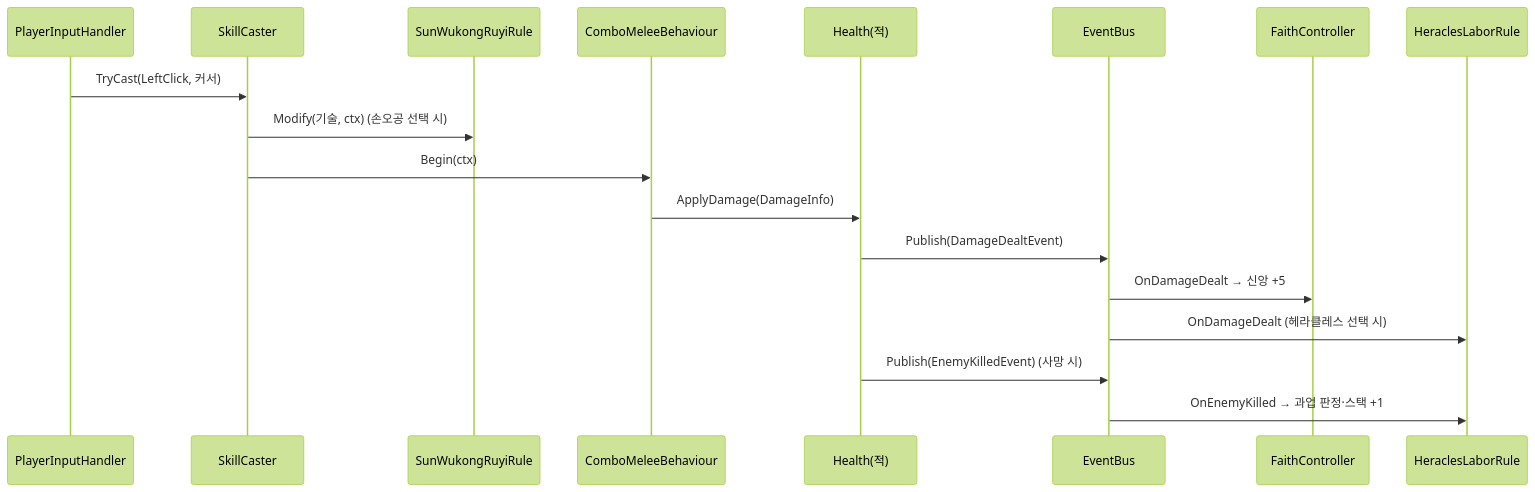
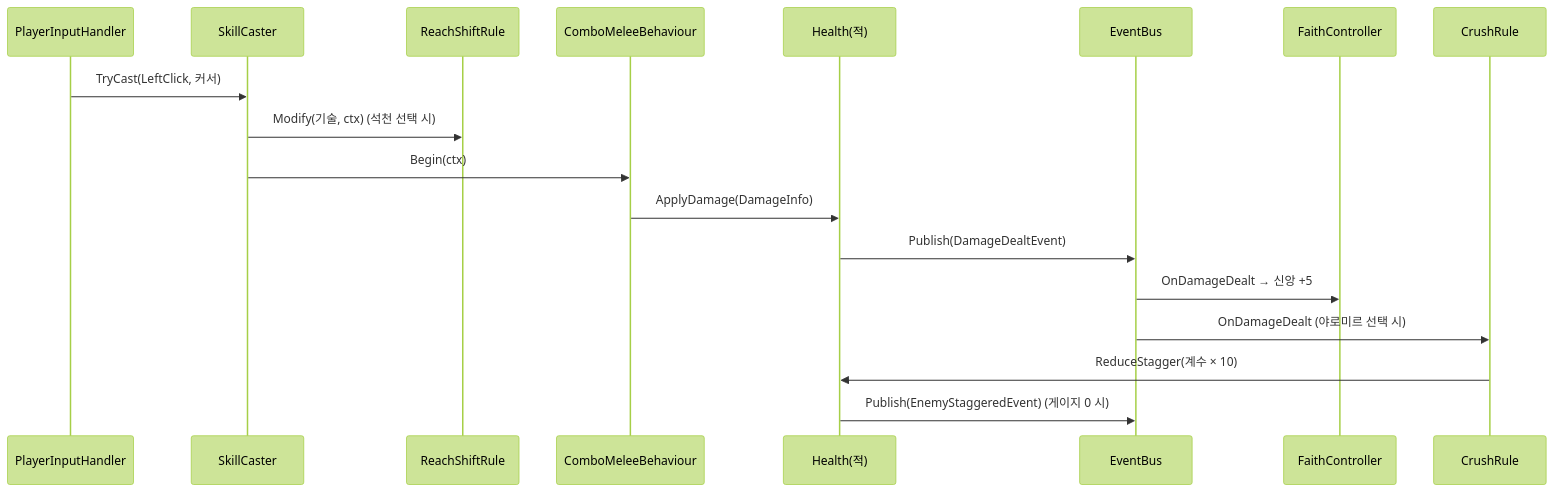
One commit to lwy0810/BROKEN-SOVEREIGN changed diagram 14 of 17 in Docs/ClassDiagram.md. Above: the diagram before and after it, drawn with Mermaid (forest theme). The commit also changed other lines of this file, not shown here.

First line of the commit message:
[Docs] 클래스 다이어그램 영웅 규칙을 메커니즘 이름으로 갱신

````diff
--- a/Docs/ClassDiagram.md
+++ b/Docs/ClassDiagram.md
@@ -1279,21 +1289,21 @@
 ```mermaid
 sequenceDiagram
     participant In as PlayerInputHandler
     participant Ca as SkillCaster
-    participant Ru as SunWukongRuyiRule
+    participant Ru as ReachShiftRule
     participant Be as ComboMeleeBehaviour
     participant He as Health(적)
     participant Bus as EventBus
     participant Fa as FaithController
-    participant La as HeraclesLaborRule
+    participant La as CrushRule
 
     In->>Ca: TryCast(LeftClick, 커서)
-    Ca->>Ru: Modify(기술, ctx) (손오공 선택 시)
+    Ca->>Ru: Modify(기술, ctx) (석천 선택 시)
     Ca->>Be: Begin(ctx)
     Be->>He: ApplyDamage(DamageInfo)
     He->>Bus: Publish(DamageDealtEvent)
     Bus->>Fa: OnDamageDealt → 신앙 +5
-    Bus->>La: OnDamageDealt (헤라클레스 선택 시)
-    He->>Bus: Publish(EnemyKilledEvent) (사망 시)
-    Bus->>La: OnEnemyKilled → 과업 판정·스택 +1
+    Bus->>La: OnDamageDealt (야로미르 선택 시)
+    La->>He: ReduceStagger(계수 × 10)
+    He->>Bus: Publish(EnemyStaggeredEvent) (게이지 0 시)
 ```
````
